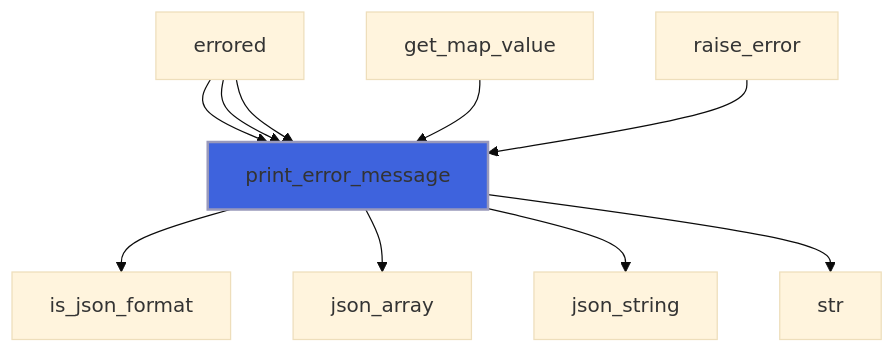
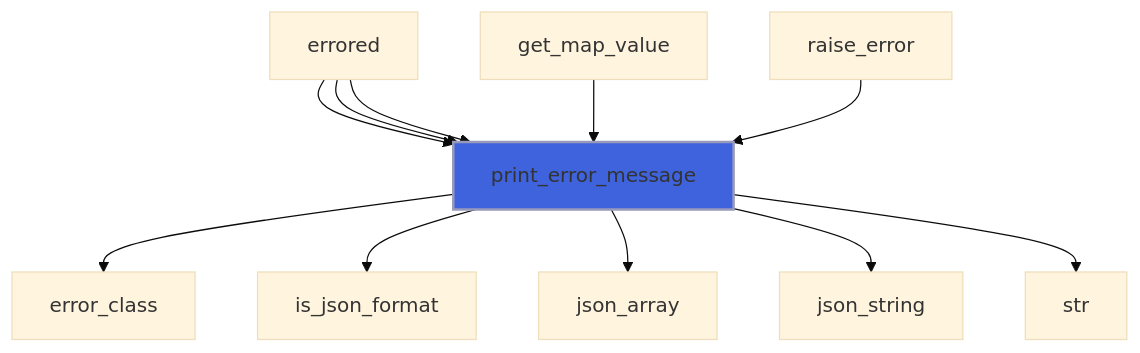
Before and after one commit to szaghi/FLAP: the fifth of 12 diagrams in docs/api/src/lib/flap_object_t.md, drawn with Mermaid (base theme). The commit also changed 20 other files, not shown here.

````diff
--- a/docs/api/src/lib/flap_object_t.md
+++ b/docs/api/src/lib/flap_object_t.md
@@ -162,13 +162,14 @@
 ```mermaid
 flowchart TD
   errored["errored"] --> print_error_message["print_error_message"]
   errored["errored"] --> print_error_message["print_error_message"]
   errored["errored"] --> print_error_message["print_error_message"]
   get_map_value["get_map_value"] --> print_error_message["print_error_message"]
   raise_error["raise_error"] --> print_error_message["print_error_message"]
+  print_error_message["print_error_message"] --> error_class["error_class"]
   print_error_message["print_error_message"] --> is_json_format["is_json_format"]
   print_error_message["print_error_message"] --> json_array["json_array"]
   print_error_message["print_error_message"] --> json_string["json_string"]
   print_error_message["print_error_message"] --> str["str"]
   style print_error_message fill:#3e63dd,stroke:#99b,stroke-width:2px
 ```
````
